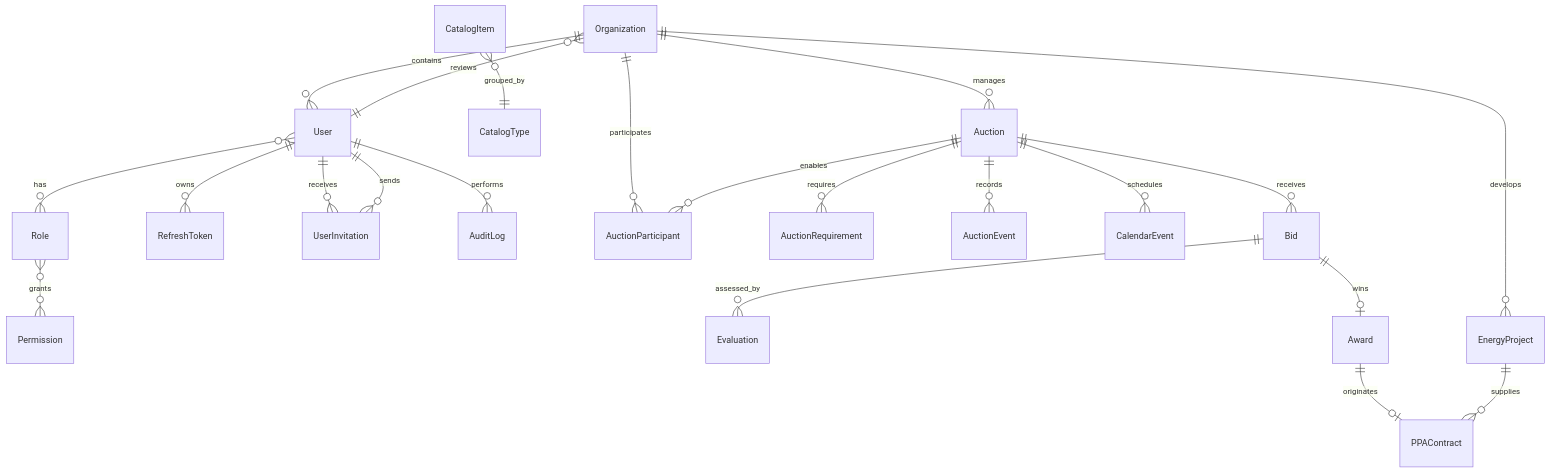
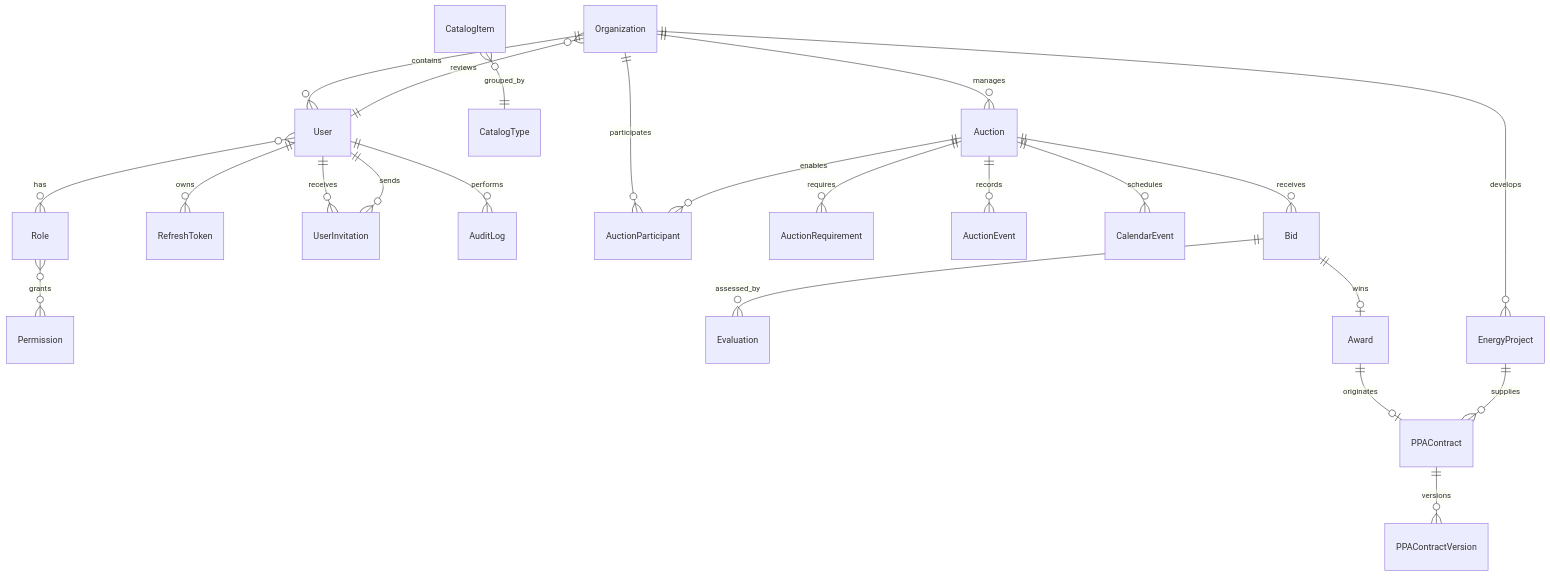
The diagram in docs/database.md (Jairo0811/Ecosoft), drawn with Mermaid before and after one commit. The commit also changed other lines of this file and 29 other files, not shown here.

````diff
--- a/docs/database.md
+++ b/docs/database.md
@@ -8,24 +8,25 @@
 ```mermaid
 erDiagram
     Organization ||--o{ User : contains
     User }o--o{ Role : has
     Role }o--o{ Permission : grants
     User ||--o{ RefreshToken : owns
     User ||--o{ UserInvitation : receives
     User ||--o{ UserInvitation : sends
     User ||--o{ AuditLog : performs
     User ||--o{ Organization : reviews
     CatalogItem }o--|| CatalogType : grouped_by
     Organization ||--o{ Auction : manages
     Organization ||--o{ AuctionParticipant : participates
     Auction ||--o{ AuctionRequirement : requires
     Auction ||--o{ AuctionParticipant : enables
     Auction ||--o{ AuctionEvent : records
     Auction ||--o{ CalendarEvent : schedules
     Auction ||--o{ Bid : receives
     Bid ||--o{ Evaluation : assessed_by
     Bid ||--o| Award : wins
     Award ||--o| PPAContract : originates
     Organization ||--o{ EnergyProject : develops
     EnergyProject ||--o{ PPAContract : supplies
+    PPAContract ||--o{ PPAContractVersion : versions
 ```
````
